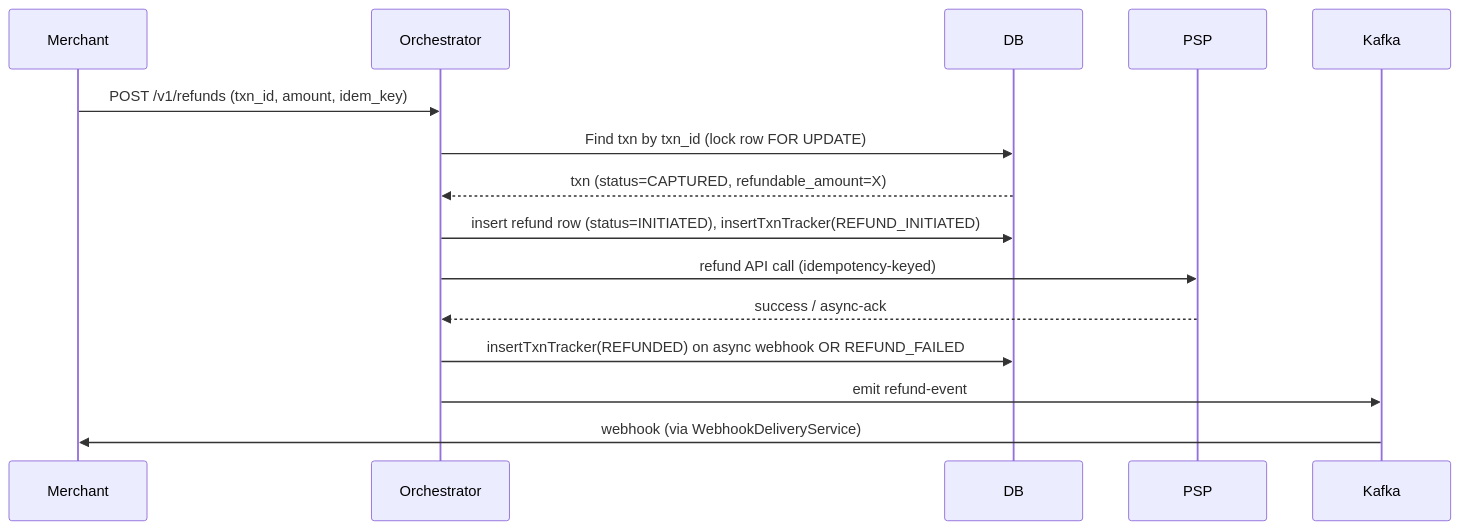
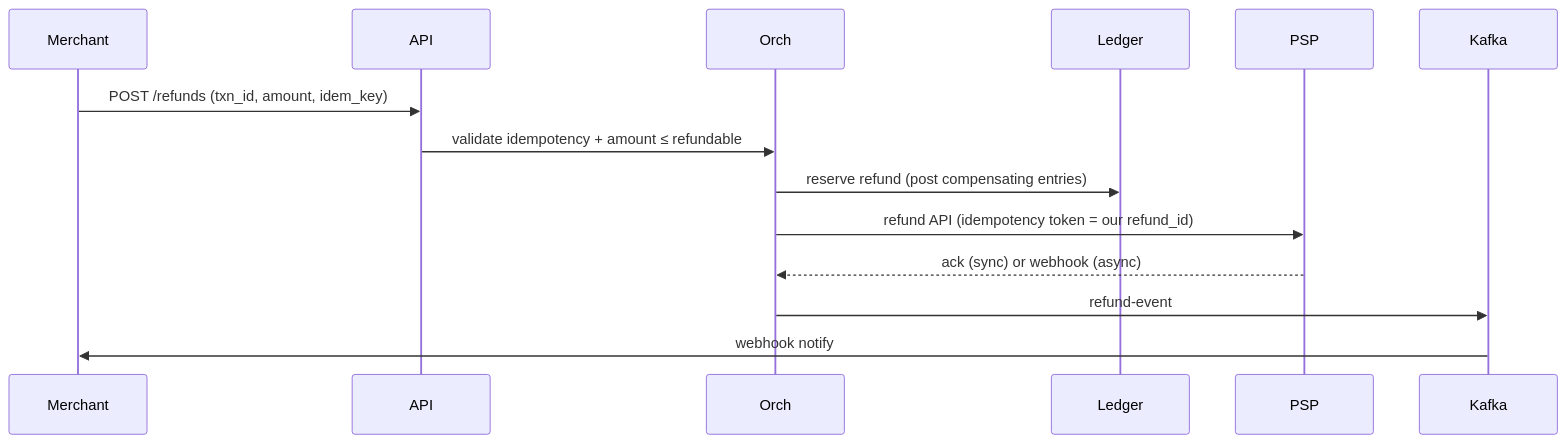
Before and after one commit to Shailender1911/shail-new: the third of 4 diagrams in airtel-prep/19-payment-gateway-system-design.md, drawn with Mermaid. The commit also changed other lines of this file, not shown here.

````diff
--- a/airtel-prep/19-payment-gateway-system-design.md
+++ b/airtel-prep/19-payment-gateway-system-design.md
@@ -563,18 +585,17 @@
 ```mermaid
 sequenceDiagram
     participant Merchant
-    participant Orchestrator
-    participant DB
+    participant API
+    participant Orch
+    participant Ledger
     participant PSP
     participant Kafka
 
-    Merchant->>Orchestrator: POST /v1/refunds (txn_id, amount, idem_key)
-    Orchestrator->>DB: Find txn by txn_id (lock row FOR UPDATE)
-    DB-->>Orchestrator: txn (status=CAPTURED, refundable_amount=X)
-    Orchestrator->>DB: insert refund row (status=INITIATED), insertTxnTracker(REFUND_INITIATED)
-    Orchestrator->>PSP: refund API call (idempotency-keyed)
-    PSP-->>Orchestrator: success / async-ack
-    Orchestrator->>DB: insertTxnTracker(REFUNDED) on async webhook OR REFUND_FAILED
-    Orchestrator->>Kafka: emit refund-event
-    Kafka->>Merchant: webhook (via WebhookDeliveryService)
+    Merchant->>API: POST /refunds (txn_id, amount, idem_key)
+    API->>Orch: validate idempotency + amount ≤ refundable
+    Orch->>Ledger: reserve refund (post compensating entries)
+    Orch->>PSP: refund API (idempotency token = our refund_id)
+    PSP-->>Orch: ack (sync) or webhook (async)
+    Orch->>Kafka: refund-event
+    Kafka->>Merchant: webhook notify
 ```
````
